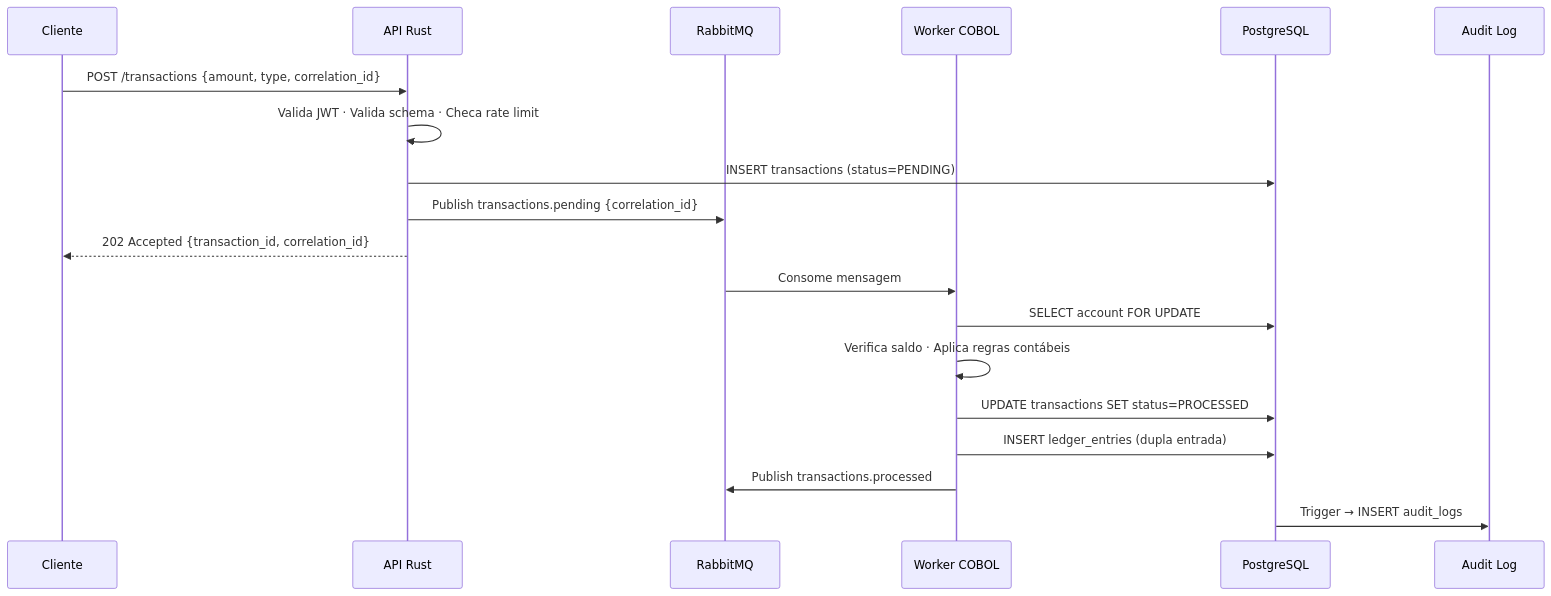
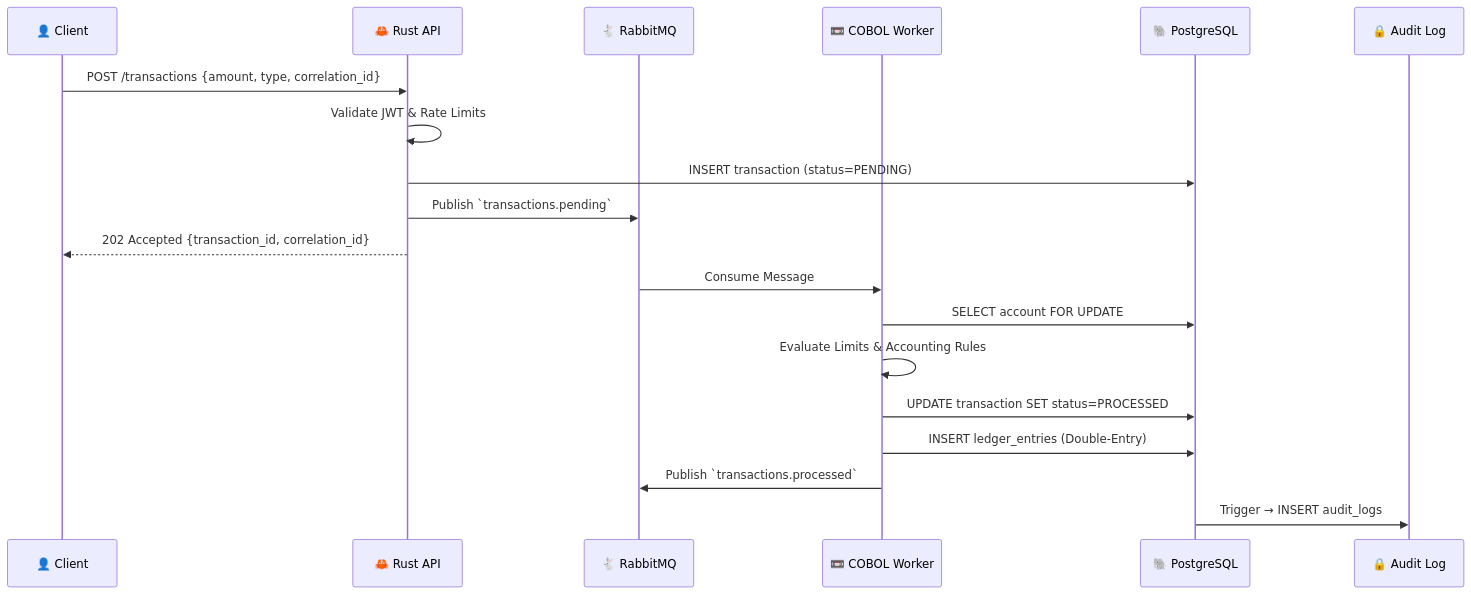
The first of 2 diagrams in README.md (CaioSouzx00/System-Bank), drawn with Mermaid before and after one commit. The commit also changed other lines of this file, not shown here.

Commit message:
docs: revamp README with professional english, mermaid diagrams and icons

````diff
--- a/README.md
+++ b/README.md
@@ -77,23 +54,23 @@
 ```mermaid
 sequenceDiagram
-    participant C as Cliente
-    participant A as API Rust
-    participant Q as RabbitMQ
-    participant W as Worker COBOL
-    participant DB as PostgreSQL
-    participant AL as Audit Log
+    participant C as 👤 Client
+    participant A as 🦀 Rust API
+    participant Q as 🐇 RabbitMQ
+    participant W as 📼 COBOL Worker
+    participant DB as 🐘 PostgreSQL
+    participant AL as 🔒 Audit Log
 
     C->>A: POST /transactions {amount, type, correlation_id}
-    A->>A: Valida JWT · Valida schema · Checa rate limit
-    A->>DB: INSERT transactions (status=PENDING)
-    A->>Q: Publish transactions.pending {correlation_id}
+    A->>A: Validate JWT & Rate Limits
+    A->>DB: INSERT transaction (status=PENDING)
+    A->>Q: Publish `transactions.pending`
     A-->>C: 202 Accepted {transaction_id, correlation_id}
 
-    Q->>W: Consome mensagem
+    Q->>W: Consume Message
     W->>DB: SELECT account FOR UPDATE
-    W->>W: Verifica saldo · Aplica regras contábeis
-    W->>DB: UPDATE transactions SET status=PROCESSED
-    W->>DB: INSERT ledger_entries (dupla entrada)
-    W->>Q: Publish transactions.processed
+    W->>W: Evaluate Limits & Accounting Rules
+    W->>DB: UPDATE transaction SET status=PROCESSED
+    W->>DB: INSERT ledger_entries (Double-Entry)
+    W->>Q: Publish `transactions.processed`
     DB->>AL: Trigger → INSERT audit_logs
 ```
````
